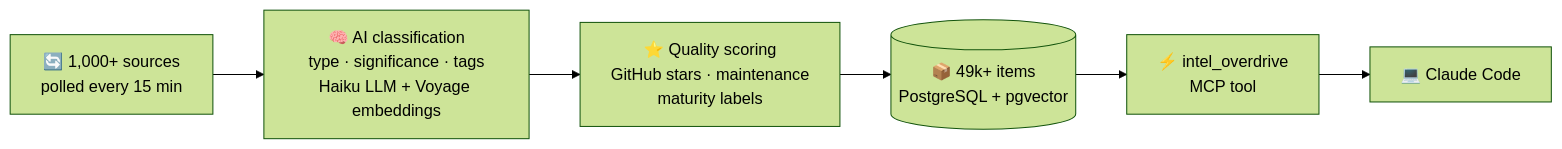
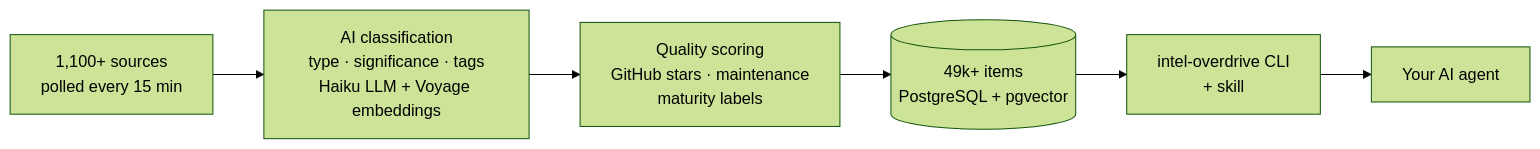
The diagram in README.md (Looney-tic/intel-overdrive), drawn with Mermaid (forest theme) before and after one commit. The commit also changed other lines of this file and 4 other files, not shown here.

First line of the commit message:
WIP docs: comprehensive update for CLI-first architecture

````diff
--- a/README.md
+++ b/README.md
@@ -63,4 +63,4 @@
 ```mermaid
 flowchart LR
-    S["🔄 1,000+ sources\npolled every 15 min"] --> C["🧠 AI classification\ntype · significance · tags\nHaiku LLM + Voyage embeddings"] --> Q["⭐ Quality scoring\nGitHub stars · maintenance\nmaturity labels"] --> D[("📦 49k+ items\nPostgreSQL + pgvector")] --> M["⚡ intel_overdrive\nMCP tool"] --> A["💻 Claude Code"]
+    S["1,100+ sources\npolled every 15 min"] --> C["AI classification\ntype · significance · tags\nHaiku LLM + Voyage embeddings"] --> Q["Quality scoring\nGitHub stars · maintenance\nmaturity labels"] --> D[("49k+ items\nPostgreSQL + pgvector")] --> M["intel-overdrive CLI\n+ skill"] --> A["Your AI agent"]
 ```
````
